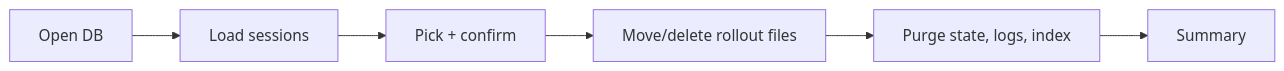
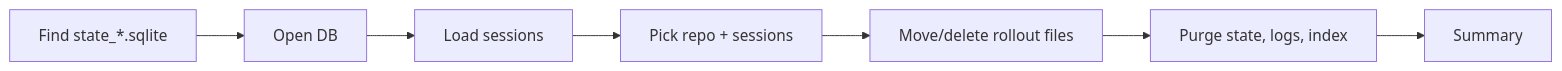
One commit to lemonbu5h/dexcow changed the second of 6 diagrams in docs/architecture.md. Above: the diagram before and after it, drawn with Mermaid. The commit also changed other lines of this file and 8 other files, not shown here.

````diff
--- a/docs/architecture.md
+++ b/docs/architecture.md
@@ -20,8 +20,9 @@
 ```mermaid
 flowchart LR
-  A["Open DB"] --> B["Load sessions"]
-  B --> C["Pick + confirm"]
-  C --> D["Move/delete rollout files"]
-  D --> E["Purge state, logs, index"]
-  E --> F["Summary"]
+  A["Find state_*.sqlite"] --> B["Open DB"]
+  B --> C["Load sessions"]
+  C --> D["Pick repo + sessions"]
+  D --> E["Move/delete rollout files"]
+  E --> F["Purge state, logs, index"]
+  F --> G["Summary"]
 ```
````
